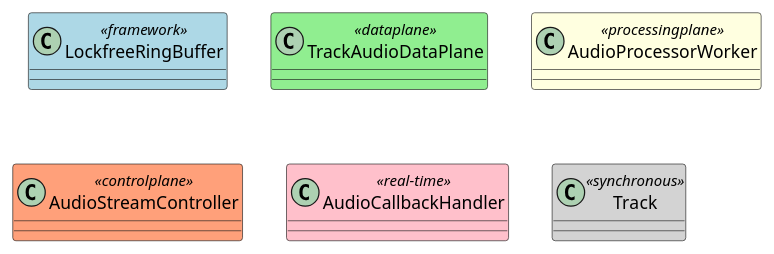
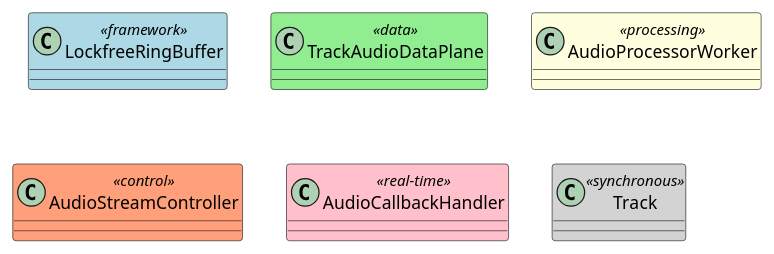
The first of 2 diagrams in .github/agents/PlantUML.agent.md (aidan-clyens/miniaudioengine), drawn with PlantUML before and after one commit. The commit also changed other lines of this file and 24 other files, not shown here.

````diff
--- a/.github/agents/PlantUML.agent.md
+++ b/.github/agents/PlantUML.agent.md
@@ -113,22 +113,22 @@
 ```plantuml
 @startuml
 skinparam classAttributeIconSize 0
 skinparam monochrome false
 
 ' Framework (Layer 0) - blue
 class LockfreeRingBuffer <<framework>> #lightblue
 
 ' Data Plane (Layer 1) - green  
-class TrackAudioDataPlane <<dataplane>> #lightgreen
+class TrackAudioDataPlane <<data>> #lightgreen
 
 ' Processing Plane (Layer 2) - yellow
-class AudioProcessorWorker <<processingplane>> #lightyellow
+class AudioProcessorWorker <<processing>> #lightyellow
 
 ' Control Plane (Layer 3) - orange
-class AudioStreamController <<controlplane>> #lightsalmon
+class AudioStreamController <<control>> #lightsalmon
 
 ' Threading annotations
 class AudioCallbackHandler <<real-time>> #pink
 class Track <<synchronous>> #lightgray
 @enduml
 ```
````
